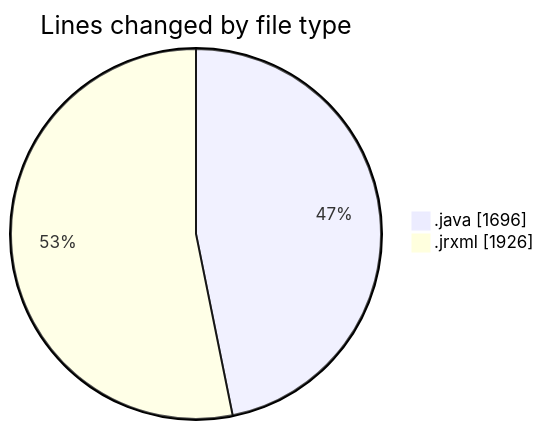
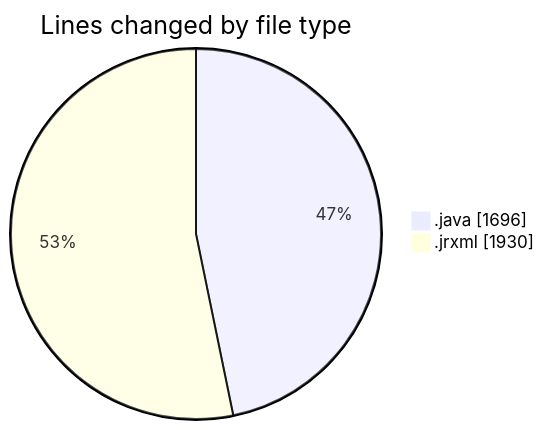
Before and after one commit to ricardozamudiocil/code-tracking: the first of 2 diagrams in 2026-09-30/cilreports__workspace_/README.md, drawn with Mermaid. The commit also changed other lines of this file and 1 other file, not shown here.

````diff
--- a/2026-09-30/cilreports__workspace_/README.md
+++ b/2026-09-30/cilreports__workspace_/README.md
@@ -24,6 +24,6 @@
 ```mermaid
 pie showData
 title Lines changed by file type
 ".java" : 1696
-".jrxml" : 1926
+".jrxml" : 1930
 ```
````
